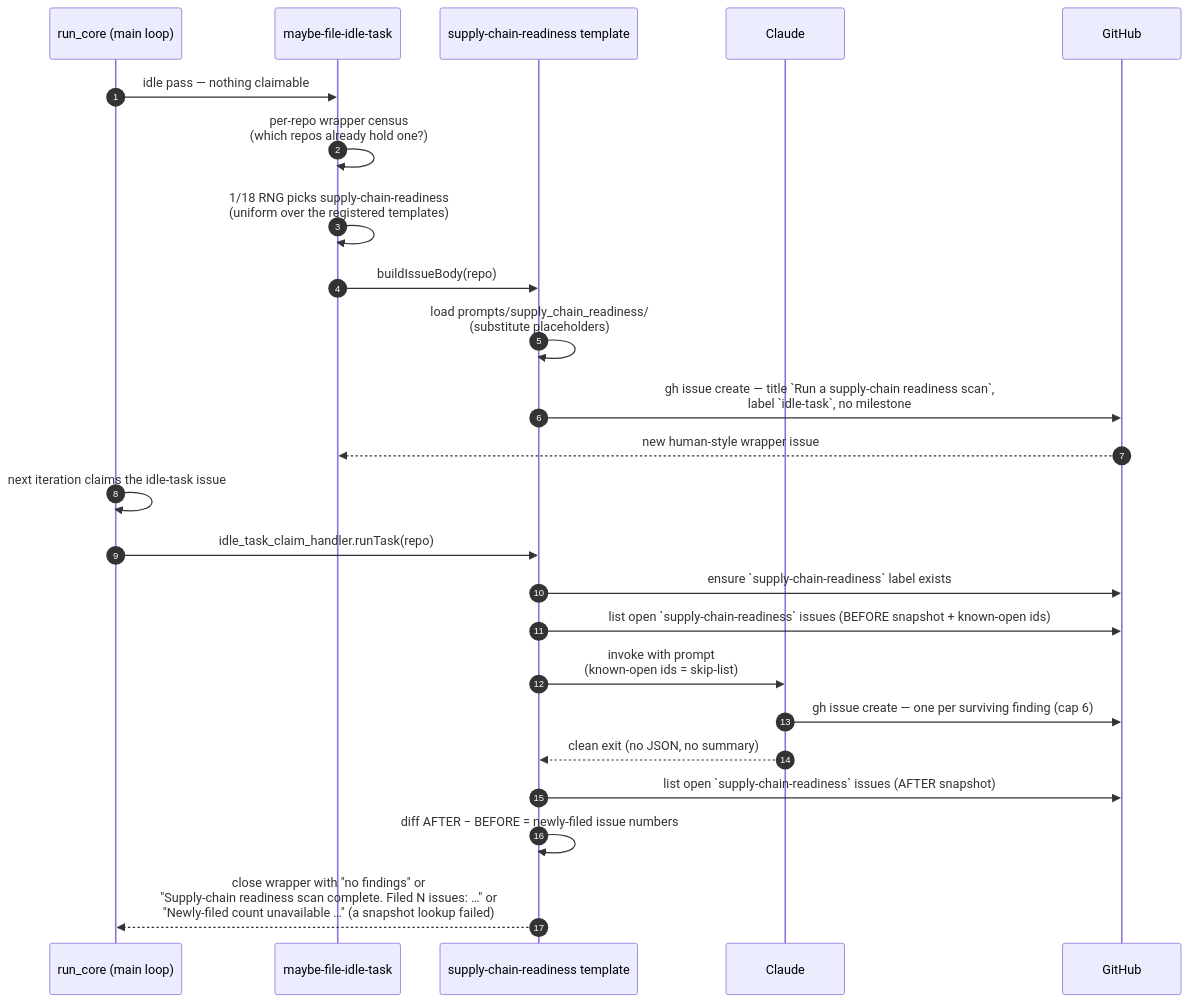
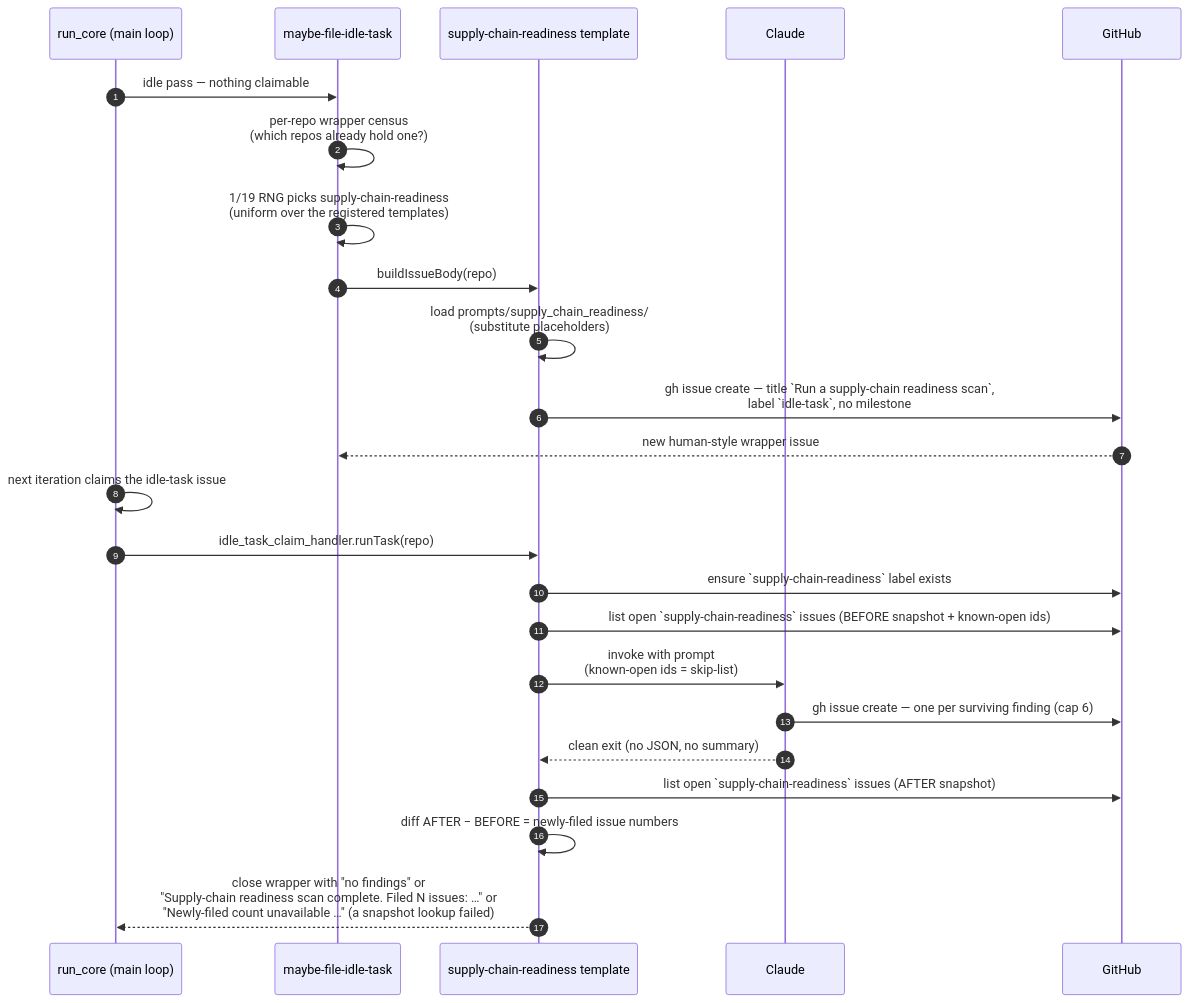
One commit to stSoftwareAU/VibeCoder changed the first of 2 diagrams in docs/SUPPLY-CHAIN-READINESS-SCAN.md. Above: the diagram before and after it, drawn with Mermaid. The commit also changed other lines of this file and 12 other files, not shown here.

````diff
--- a/docs/SUPPLY-CHAIN-READINESS-SCAN.md
+++ b/docs/SUPPLY-CHAIN-READINESS-SCAN.md
@@ -171,27 +171,27 @@
 ```mermaid
 sequenceDiagram
     autonumber
     participant Main as run_core (main loop)
     participant Filer as maybe-file-idle-task
     participant Template as supply-chain-readiness template
     participant Claude
     participant GH as GitHub
 
     Main->>Filer: idle pass — nothing claimable
     Filer->>Filer: per-repo wrapper census<br/>(which repos already hold one?)
-    Filer->>Filer: 1/18 RNG picks supply-chain-readiness<br/>(uniform over the registered templates)
+    Filer->>Filer: 1/19 RNG picks supply-chain-readiness<br/>(uniform over the registered templates)
     Filer->>Template: buildIssueBody(repo)
     Template->>Template: load prompts/supply_chain_readiness/<br/>(substitute placeholders)
     Template->>GH: gh issue create — title `Run a supply-chain readiness scan`,<br/>label `idle-task`, no milestone
     GH-->>Filer: new human-style wrapper issue
     Main->>Main: next iteration claims the idle-task issue
     Main->>Template: idle_task_claim_handler.runTask(repo)
     Template->>GH: ensure `supply-chain-readiness` label exists
     Template->>GH: list open `supply-chain-readiness` issues (BEFORE snapshot + known-open ids)
     Template->>Claude: invoke with prompt<br/>(known-open ids = skip-list)
     Claude->>GH: gh issue create — one per surviving finding (cap 6)
     Claude-->>Template: clean exit (no JSON, no summary)
     Template->>GH: list open `supply-chain-readiness` issues (AFTER snapshot)
     Template->>Template: diff AFTER − BEFORE = newly-filed issue numbers
     Template-->>Main: close wrapper with "no findings" or<br/>"Supply-chain readiness scan complete. Filed N issues: …" or<br/>"Newly-filed count unavailable …" (a snapshot lookup failed)
 ```
````
